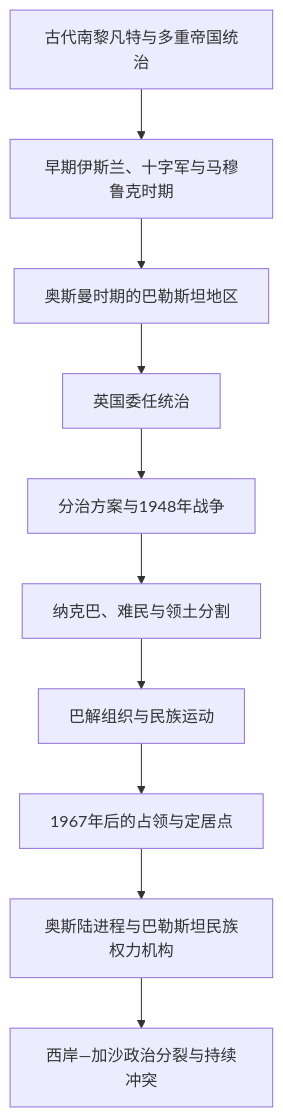
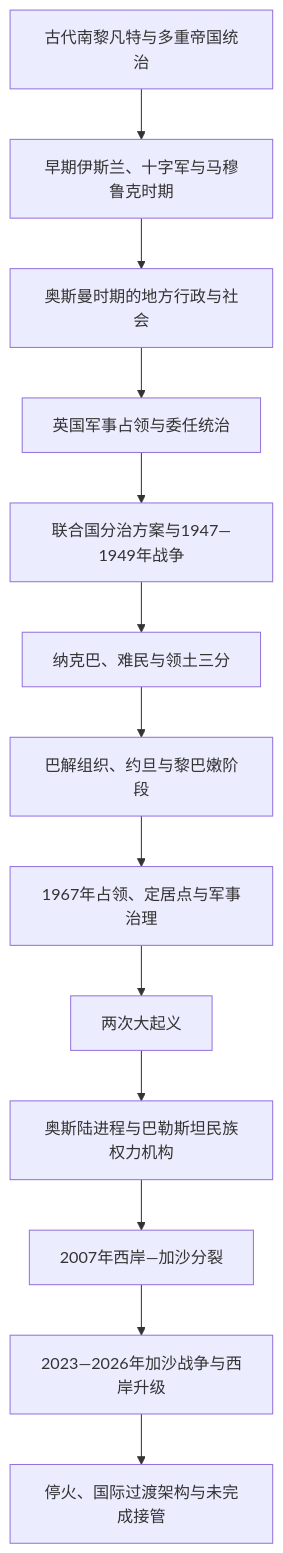
The diagram in 人文科学/历史/西亚/黎凡特/巴勒斯坦/README.md (tianlan-dev/learning-notes), drawn with Mermaid before and after one commit. The commit also changed other lines of this file and 1417 other files, not shown here.

````diff
--- a/人文科学/历史/西亚/黎凡特/巴勒斯坦/README.md
+++ b/人文科学/历史/西亚/黎凡特/巴勒斯坦/README.md
@@ -15,12 +17,15 @@
 ```mermaid
 flowchart TD
     Ancient["古代南黎凡特与多重帝国统治"] --> Islamic["早期伊斯兰、十字军与马穆鲁克时期"]
-    Islamic --> Ottoman["奥斯曼时期的巴勒斯坦地区"]
-    Ottoman --> Mandate["英国委任统治"]
-    Mandate --> Partition["分治方案与1948年战争"]
-    Partition --> Nakba["纳克巴、难民与领土分割"]
-    Nakba --> PLO["巴解组织与民族运动"]
-    PLO --> Occupation["1967年后的占领与定居点"]
-    Occupation --> Oslo["奥斯陆进程与巴勒斯坦民族权力机构"]
-    Oslo --> Division["西岸—加沙政治分裂与持续冲突"]
+    Islamic --> Ottoman["奥斯曼时期的地方行政与社会"]
+    Ottoman --> Mandate["英国军事占领与委任统治"]
+    Mandate --> Partition["联合国分治方案与1947—1949年战争"]
+    Partition --> Nakba["纳克巴、难民与领土三分"]
+    Nakba --> PLO["巴解组织、约旦与黎巴嫩阶段"]
+    PLO --> Occupation["1967年占领、定居点与军事治理"]
+    Occupation --> Intifada["两次大起义"]
+    Intifada --> Oslo["奥斯陆进程与巴勒斯坦民族权力机构"]
+    Oslo --> Division["2007年西岸—加沙分裂"]
+    Division --> War["2023—2026年加沙战争与西岸升级"]
+    War --> Transition["停火、国际过渡架构与未完成接管"]
 ```
````
